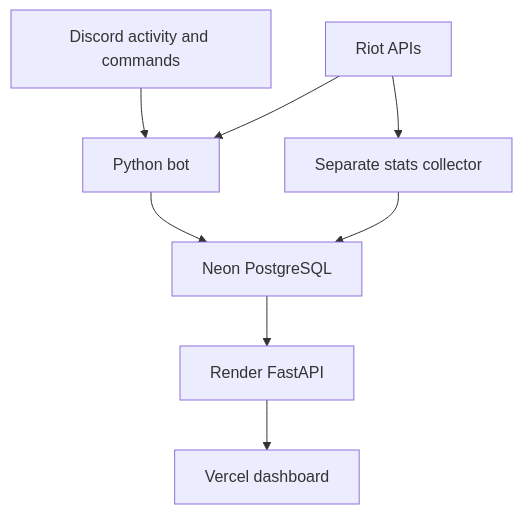
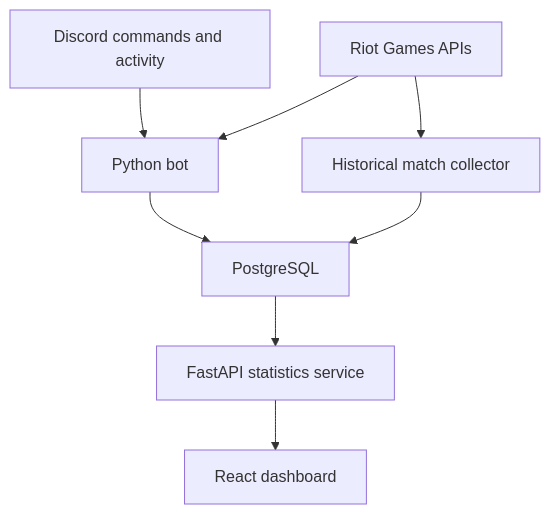
Before and after one commit to ReymondOH/LeagueMatch-Discord-Bot: the diagram in README.md, drawn with Mermaid. The commit also changed other lines of this file, not shown here.

````diff
--- a/README.md
+++ b/README.md
@@ -29,10 +40,10 @@
 ```mermaid
 flowchart TD
-  Discord["Discord activity and commands"] --> Bot["Python bot"]
-  Riot["Riot APIs"] --> Bot
-  Riot --> Collector["Separate stats collector"]
-  Bot --> DB["Neon PostgreSQL"]
-  Collector --> DB
-  DB --> API["Render FastAPI"]
-  API --> Site["Vercel dashboard"]
+    Discord["Discord commands and activity"] --> Bot["Python bot"]
+    Riot["Riot Games APIs"] --> Bot
+    Riot --> Collector["Historical match collector"]
+    Bot --> Database["PostgreSQL"]
+    Collector --> Database
+    Database --> API["FastAPI statistics service"]
+    API --> Dashboard["React dashboard"]
 ```
````
